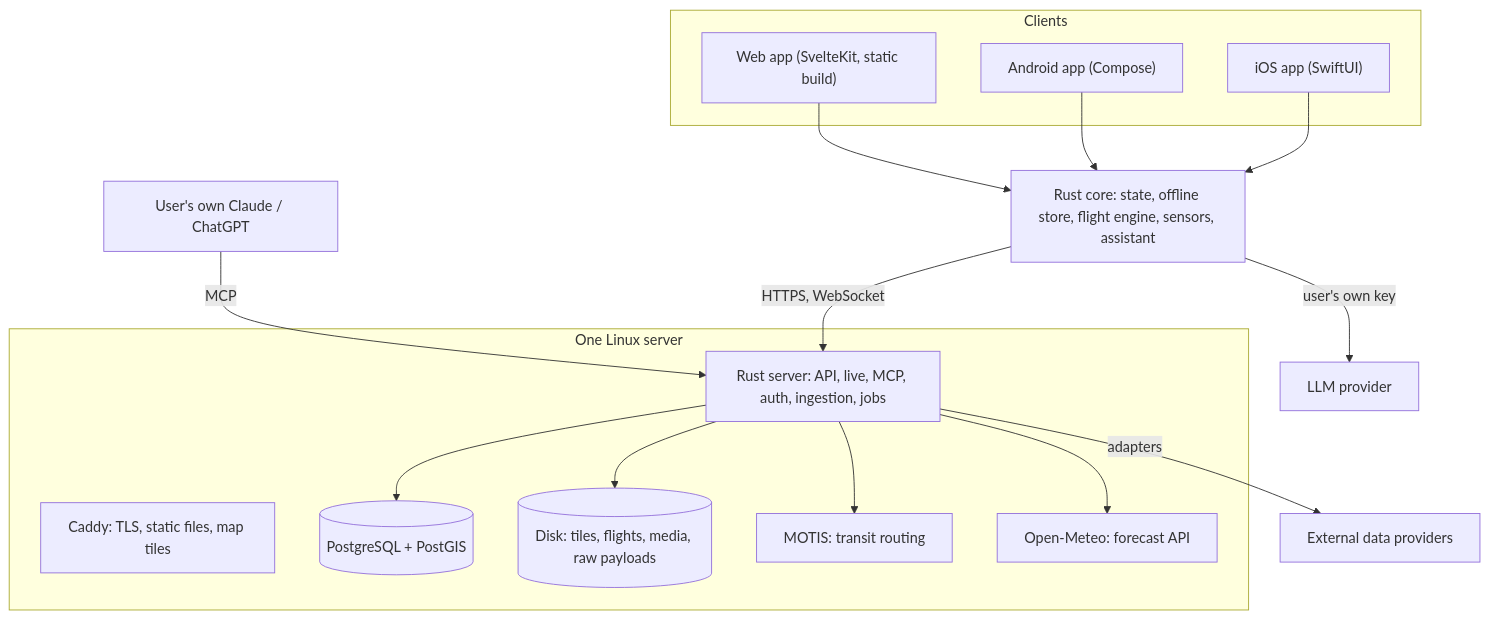
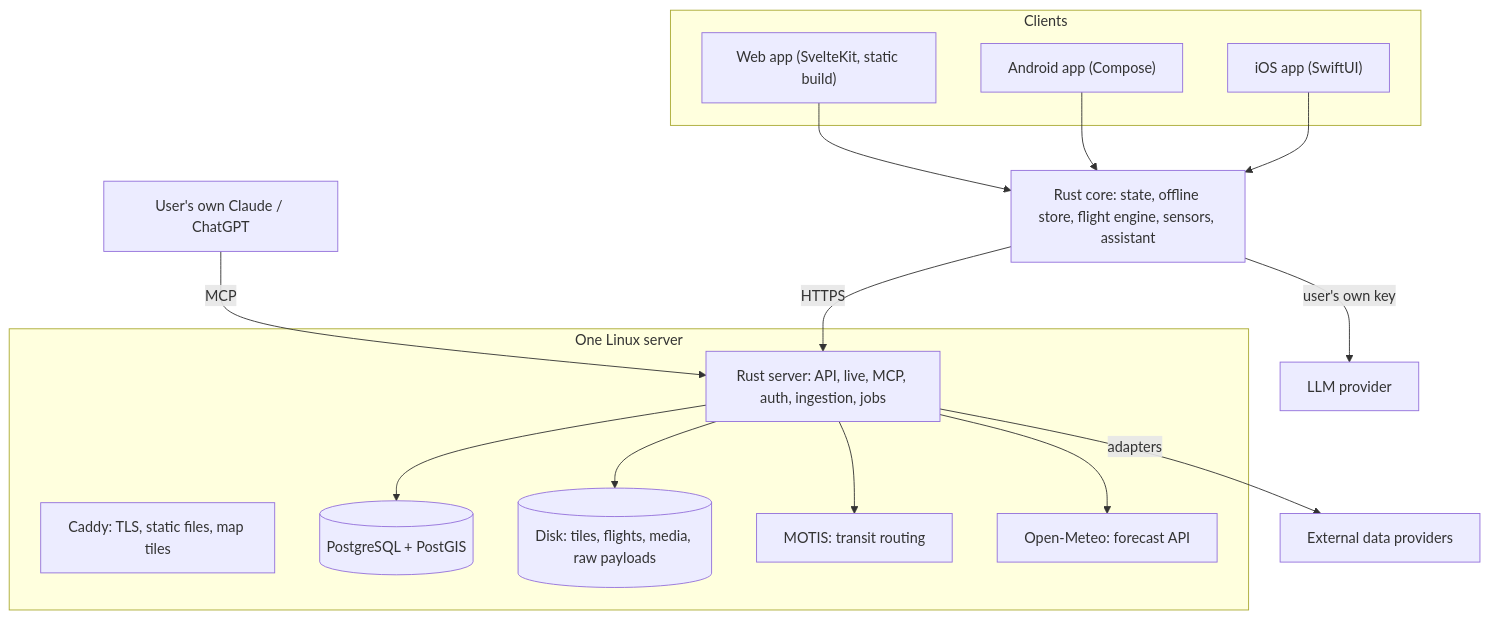
Before and after one commit to dariobanfi/venti: the diagram in docs/architecture.md, drawn with Mermaid. The commit also changed other lines of this file and 52 other files, not shown here.

````diff
--- a/docs/architecture.md
+++ b/docs/architecture.md
@@ -7,28 +7,28 @@
 ```mermaid
 flowchart TB
   subgraph Clients
     iOS["iOS app (SwiftUI)"]
     Android["Android app (Compose)"]
     Web["Web app (SvelteKit, static build)"]
   end
   Core["Rust core: state, offline store, flight engine, sensors, assistant"]
   iOS --> Core
   Android --> Core
   Web --> Core
-  Core -->|HTTPS, WebSocket| Server
+  Core -->|HTTPS| Server
   subgraph Box["One Linux server"]
     Caddy["Caddy: TLS, static files, map tiles"]
     Server["Rust server: API, live, MCP, auth, ingestion, jobs"]
     PG[("PostgreSQL + PostGIS")]
     Disk[("Disk: tiles, flights, media, raw payloads")]
     Motis["MOTIS: transit routing"]
     OM["Open-Meteo: forecast API"]
     Server --> PG
     Server --> Disk
     Server --> Motis
     Server --> OM
   end
   Server -->|adapters| Providers["External data providers"]
   Assistants["User's own Claude / ChatGPT"] -->|MCP| Server
   Core -->|user's own key| LLM["LLM provider"]
 ```
````
